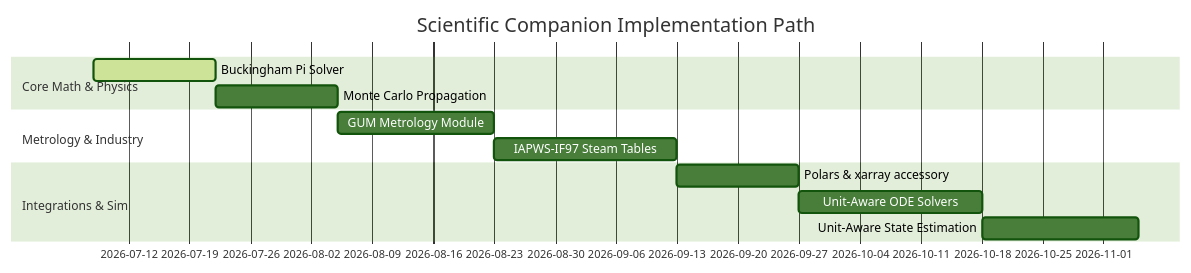
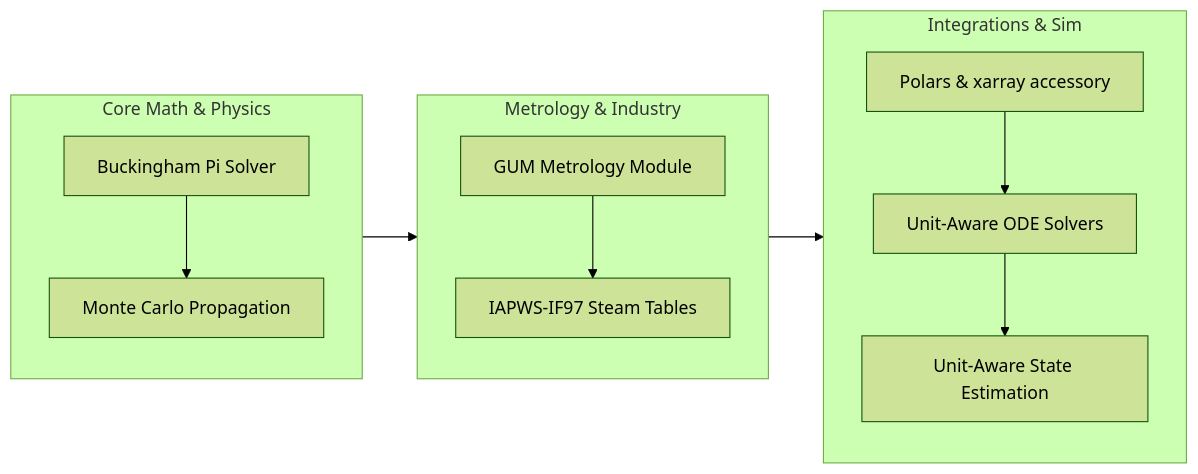
Before and after one commit to Alexisrx96/physure: the diagram in docs/scientific_roadmap.md, drawn with Mermaid (forest theme). The commit also changed 5 other files, not shown here.

First line of the commit message:
docs(roadmap): milestones instead of dates; status table matches what shipped

````diff
--- a/docs/scientific_roadmap.md
+++ b/docs/scientific_roadmap.md
@@ -306,15 +306,13 @@
 ```mermaid
-gantt
-    title Scientific Companion Implementation Path
-    dateFormat  YYYY-MM-DD
-    section Core Math & Physics
-    Buckingham Pi Solver        :active, 2026-07-08, 14d
-    Monte Carlo Propagation    : 2026-07-22, 14d
-    section Metrology & Industry
-    GUM Metrology Module       : 2026-08-05, 18d
-    IAPWS-IF97 Steam Tables    : 2026-08-23, 21d
-    section Integrations & Sim
-    Polars & xarray accessory   : 2026-09-13, 14d
-    Unit-Aware ODE Solvers      : 2026-09-27, 21d
-    Unit-Aware State Estimation : 2026-10-18, 18d
+flowchart LR
+    subgraph core["Core Math & Physics"]
+        A["Buckingham Pi Solver"] --> B["Monte Carlo Propagation"]
+    end
+    subgraph metrology["Metrology & Industry"]
+        C["GUM Metrology Module"] --> D["IAPWS-IF97 Steam Tables"]
+    end
+    subgraph sim["Integrations & Sim"]
+        E["Polars & xarray accessory"] --> F["Unit-Aware ODE Solvers"] --> G["Unit-Aware State Estimation"]
+    end
+    core --> metrology --> sim
 ```
````
